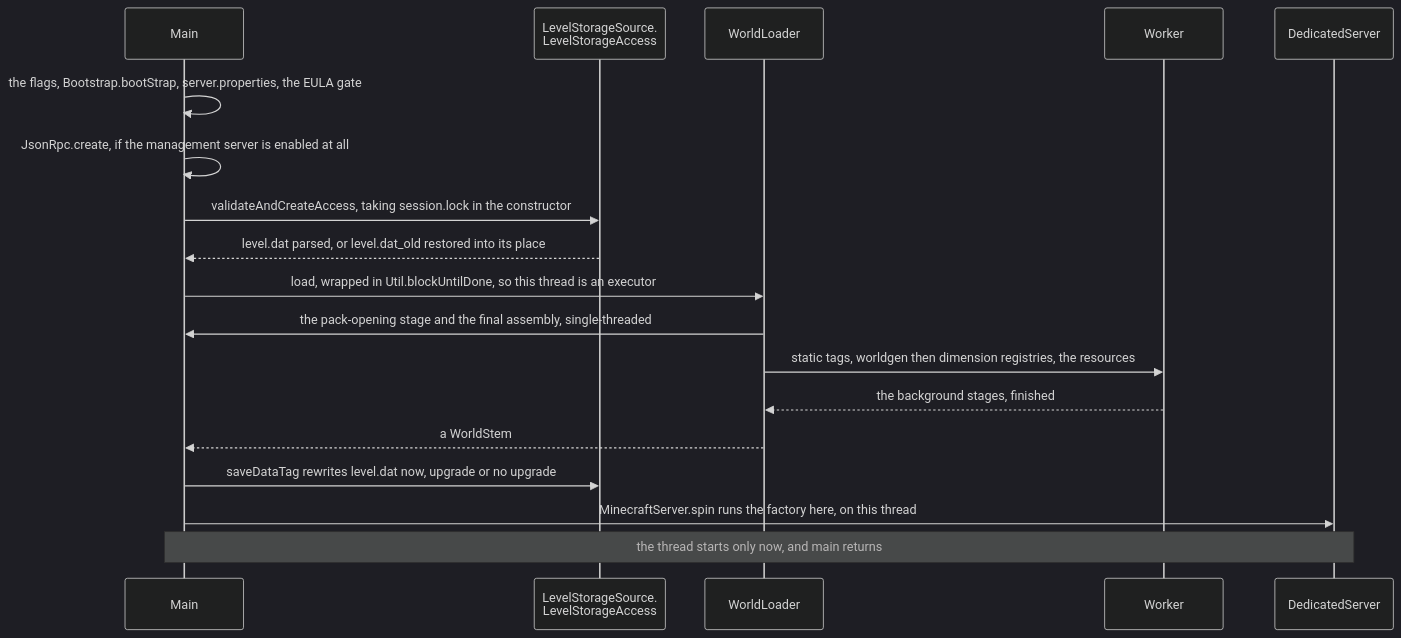
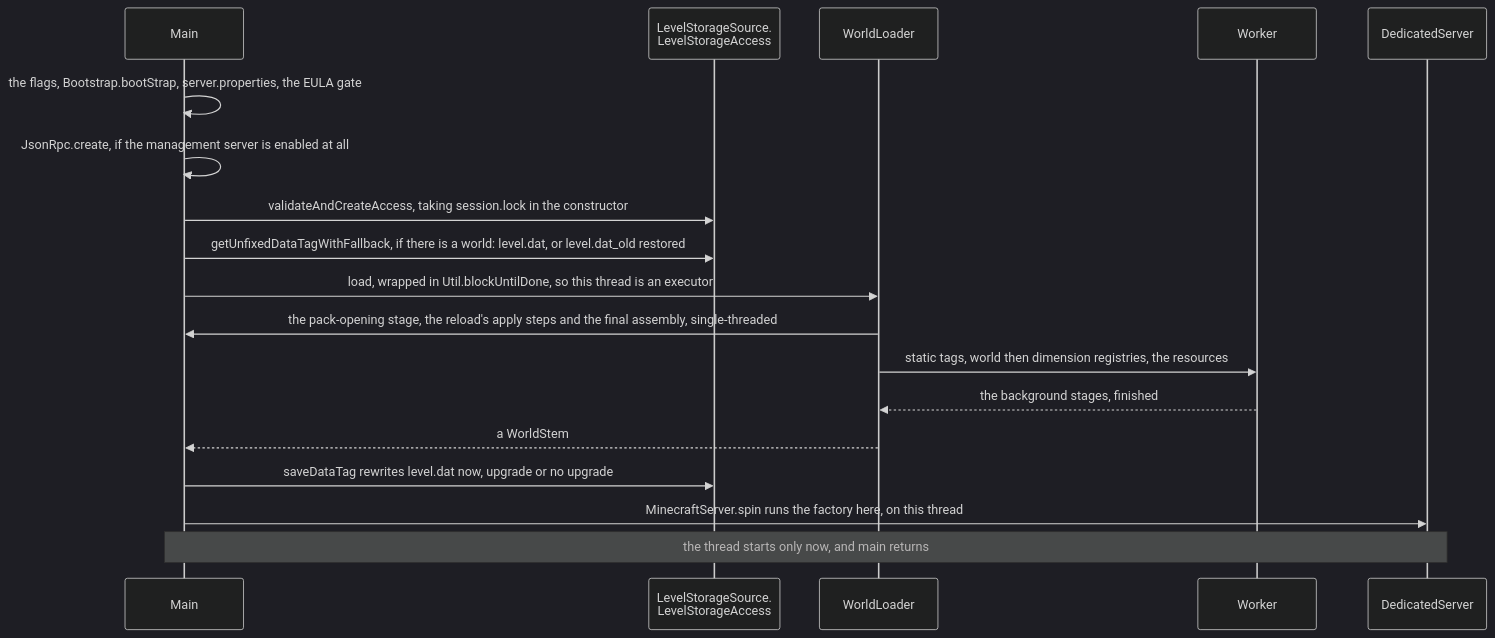
Before and after one commit to AlexanderjFraser/MinecraftDocs: the first of 2 diagrams in src/systems/server/starting-a-server.md, drawn with Mermaid (dark theme). The commit also changed other lines of this file and 15 other files, not shown here.

````diff
--- a/src/systems/server/starting-a-server.md
+++ b/src/systems/server/starting-a-server.md
@@ -40,21 +41,21 @@
 ```mermaid
 sequenceDiagram
     participant Main as Main
     participant LSA as LevelStorageSource.<br/>LevelStorageAccess
     participant WL as WorldLoader
     participant Worker as Worker
     participant DS as DedicatedServer
 
     Main->>Main: the flags, Bootstrap.bootStrap, server.properties, the EULA gate
     Main->>Main: JsonRpc.create, if the management server is enabled at all
     Main->>LSA: validateAndCreateAccess, taking session.lock in the constructor
-    LSA-->>Main: level.dat parsed, or level.dat_old restored into its place
+    Main->>LSA: getUnfixedDataTagWithFallback, if there is a world: level.dat, or level.dat_old restored
     Main->>WL: load, wrapped in Util.blockUntilDone, so this thread is an executor
-    WL->>Main: the pack-opening stage and the final assembly, single-threaded
-    WL->>Worker: static tags, worldgen then dimension registries, the resources
+    WL->>Main: the pack-opening stage, the reload's apply steps and the final assembly, single-threaded
+    WL->>Worker: static tags, world then dimension registries, the resources
     Worker-->>WL: the background stages, finished
     WL-->>Main: a WorldStem
     Main->>LSA: saveDataTag rewrites level.dat now, upgrade or no upgrade
     Main->>DS: MinecraftServer.spin runs the factory here, on this thread
     Note over Main,DS: the thread starts only now, and main returns
 ```
````
